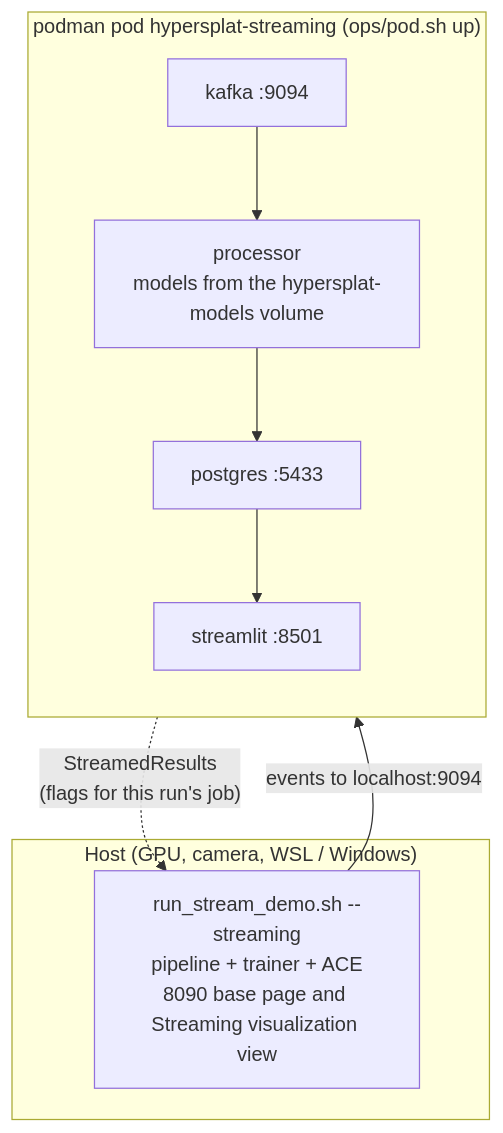
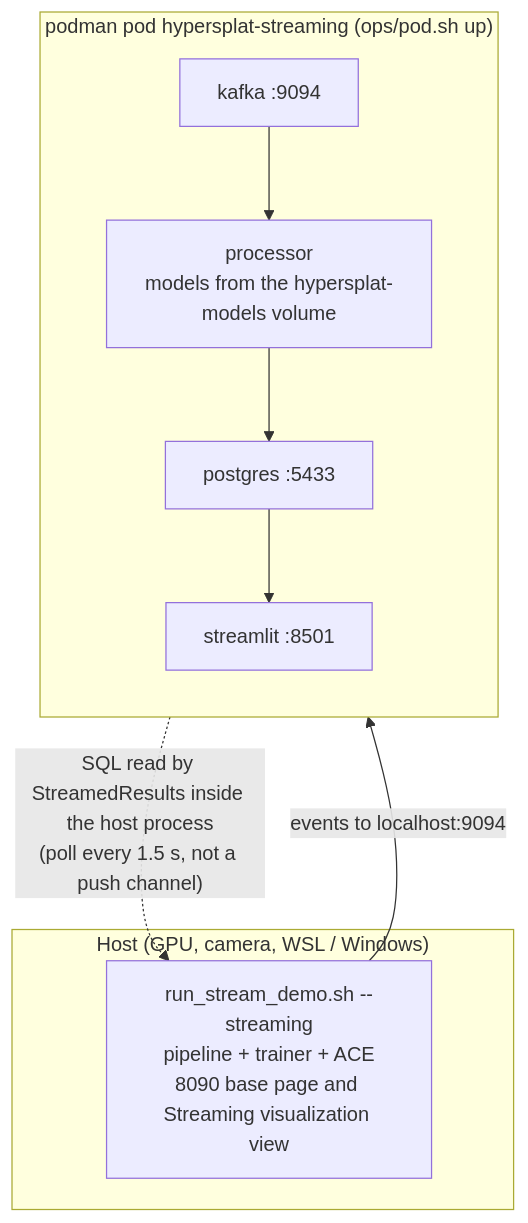
Before and after one commit to axls23/3D_world_genrator: the fourth of 6 diagrams in hypersplat/streaming/docs/architecture-diagram.md, drawn with Mermaid. The commit also changed other lines of this file, not shown here.

Commit message:
Streaming docs: failure-aware processor graph, exact delivery contract, topology and scaling, corrected Spark notes

````diff
--- a/hypersplat/streaming/docs/architecture-diagram.md
+++ b/hypersplat/streaming/docs/architecture-diagram.md
@@ -148,20 +152,20 @@
 ```mermaid
 flowchart TB
     subgraph HOST["Host (GPU, camera, WSL / Windows)"]
         DEMO["run_stream_demo.sh --streaming<br/>pipeline + trainer + ACE<br/>8090 base page and Streaming visualization view"]
     end
 
     subgraph POD["podman pod hypersplat-streaming (ops/pod.sh up)"]
         direction TB
         KF["kafka :9094"]
         DBc["postgres :5433"]
         PR["processor<br/>models from the hypersplat-models volume"]
         SL["streamlit :8501"]
     end
 
     DEMO -- "events to localhost:9094" --> KF
     KF --> PR
     PR --> DBc
     DBc --> SL
-    DBc -. "StreamedResults<br/>(flags for this run's job)" .-> DEMO
+    DBc -. "SQL read by StreamedResults inside the host process<br/>(poll every 1.5 s, not a push channel)" .-> DEMO
 ```
````
